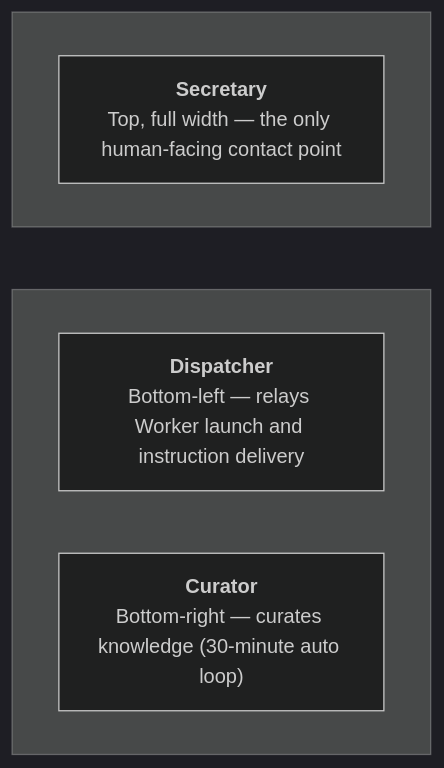
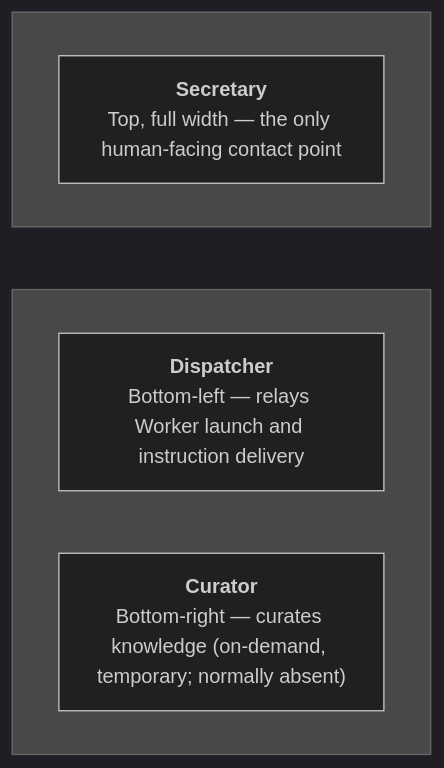
One commit to suisya-systems/claude-org changed the diagram in README.md. Above: the diagram before and after it, drawn with Mermaid (dark theme). The commit also changed other lines of this file and 19 other files, not shown here.

First line of the commit message:
docs(translate): back-port ja#503 — curator on-demand model across skills and docs (Closes #297 scope)

````diff
--- a/README.md
+++ b/README.md
@@ -131,12 +131,12 @@
 ```mermaid
 flowchart TB
     subgraph row1[" "]
         S["<b>Secretary</b><br/>Top, full width — the only human-facing contact point"]
     end
     subgraph row2[" "]
         direction LR
         D["<b>Dispatcher</b><br/>Bottom-left — relays Worker launch and instruction delivery"]
-        C["<b>Curator</b><br/>Bottom-right — curates knowledge (30-minute auto loop)"]
+        C["<b>Curator</b><br/>Bottom-right — curates knowledge (on-demand, temporary; normally absent)"]
     end
     row1 ~~~ row2
 ```
````
